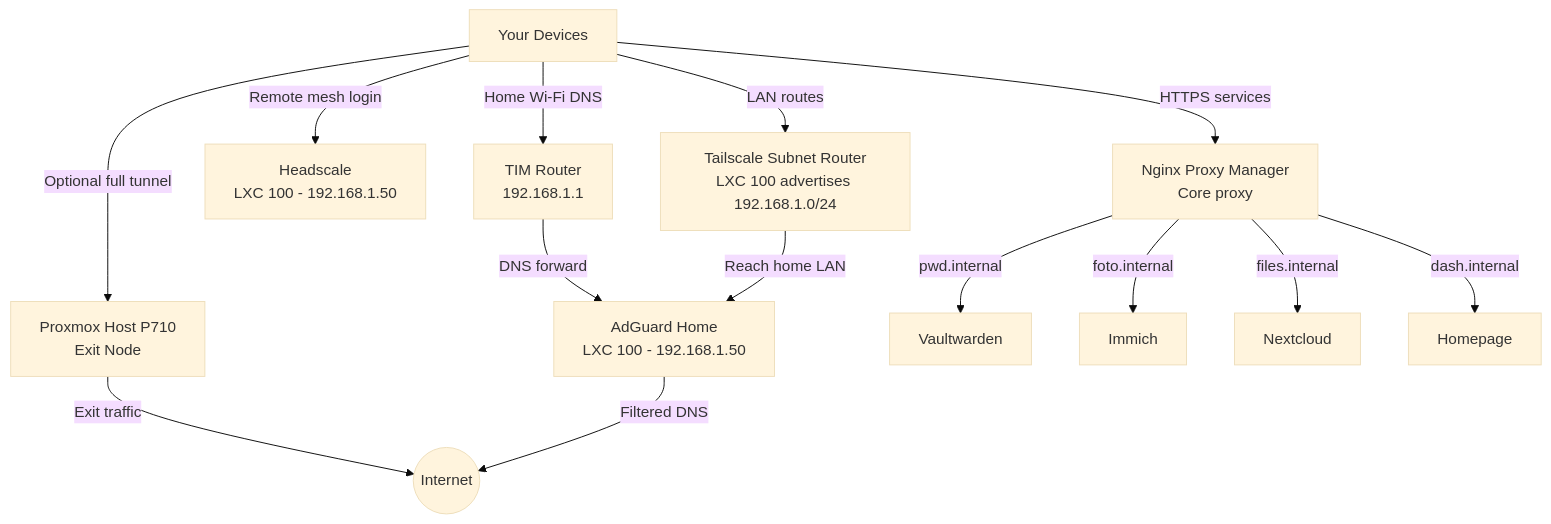
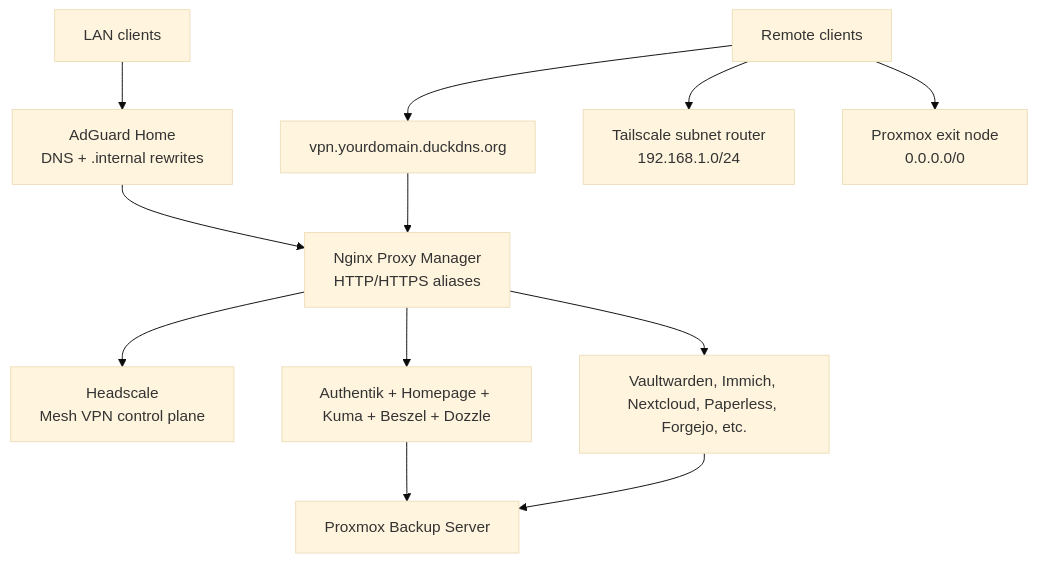
The diagram in README.md (Mohamed-DN/Sovereign-Homelab), drawn with Mermaid (base theme) before and after one commit. The commit also changed other lines of this file and 252 other files, not shown here.

````diff
--- a/README.md
+++ b/README.md
@@ -48,27 +29,23 @@
 ```mermaid
-graph TD
-    User["Your Devices"]
-    Router["TIM Router<br>192.168.1.1"]
-    Internet(("Internet"))
+flowchart TD
+    Remote["Remote clients"]
+    LAN["LAN clients"]
+    Duck["vpn.yourdomain.duckdns.org"]
+    AGH["AdGuard Home\nDNS + .internal rewrites"]
+    NPM["Nginx Proxy Manager\nHTTP/HTTPS aliases"]
+    HS["Headscale\nMesh VPN control plane"]
+    Router["Tailscale subnet router\n192.168.1.0/24"]
+    Exit["Proxmox exit node\n0.0.0.0/0"]
+    Platform["Authentik + Homepage + Kuma + Beszel + Dozzle"]
+    Apps["Vaultwarden, Immich, Nextcloud, Paperless, Forgejo, etc."]
+    PBS["Proxmox Backup Server"]
 
-    Proxmox["Proxmox Host P710<br>Exit Node"]
-    DNS["AdGuard Home<br>LXC 100 - 192.168.1.50"]
-    Headscale["Headscale<br>LXC 100 - 192.168.1.50"]
-    Subnet["Tailscale Subnet Router<br>LXC 100 advertises 192.168.1.0/24"]
-    Proxy["Nginx Proxy Manager<br>Core proxy"]
-
-    User -->|Home Wi-Fi DNS| Router
-    Router -->|DNS forward| DNS
-    User -->|Remote mesh login| Headscale
-    User -->|LAN routes| Subnet
-    User -->|Optional full tunnel| Proxmox
-    Subnet -->|Reach home LAN| DNS
-    Proxmox -->|Exit traffic| Internet
-    DNS -->|Filtered DNS| Internet
-    User -->|HTTPS services| Proxy
-
-    Proxy -->|pwd.internal| V["Vaultwarden"]
-    Proxy -->|foto.internal| I["Immich"]
-    Proxy -->|files.internal| N["Nextcloud"]
-    Proxy -->|dash.internal| H["Homepage"]
+    Remote --> Duck --> NPM --> HS
+    Remote --> Router
+    Remote --> Exit
+    LAN --> AGH --> NPM
+    NPM --> Platform
+    NPM --> Apps
+    Platform --> PBS
+    Apps --> PBS
 ```
````
